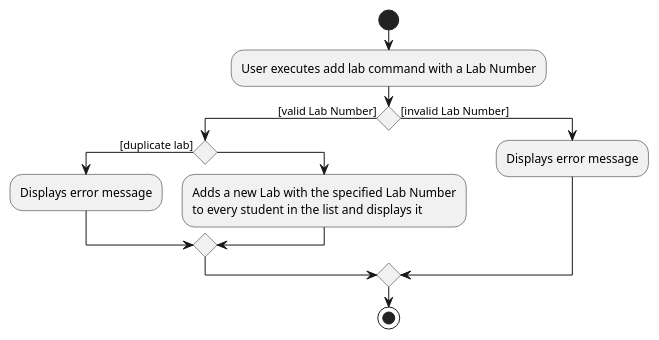
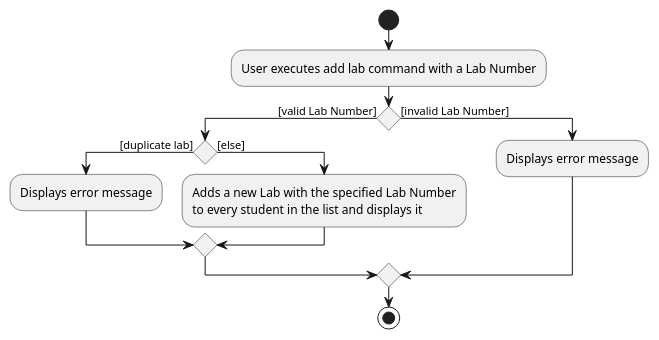
The diagram in docs/diagrams/AddLabCommandActivityDiagram.puml (nus-cs2103-AY2122S2/tp), drawn with PlantUML before and after one commit. The commit also changed 1 other file, not shown here.

```diff
--- a/docs/diagrams/AddLabCommandActivityDiagram.puml
+++ b/docs/diagrams/AddLabCommandActivityDiagram.puml
@@ -1,18 +1,18 @@
 @startuml
 'https://plantuml.com/activity-diagram-beta
 
 start
 :User executes add lab command with a Lab Number;
 if () then ([valid Lab Number])
   if () then ([duplicate lab])
     :Displays error message;
-  else
+  else ([else])
     :Adds a new Lab with the specified Lab Number
     to every student in the list and displays it;
   endif
  else ([invalid Lab Number])
     :Displays error message;
  endif
 stop
 
 @enduml
```
